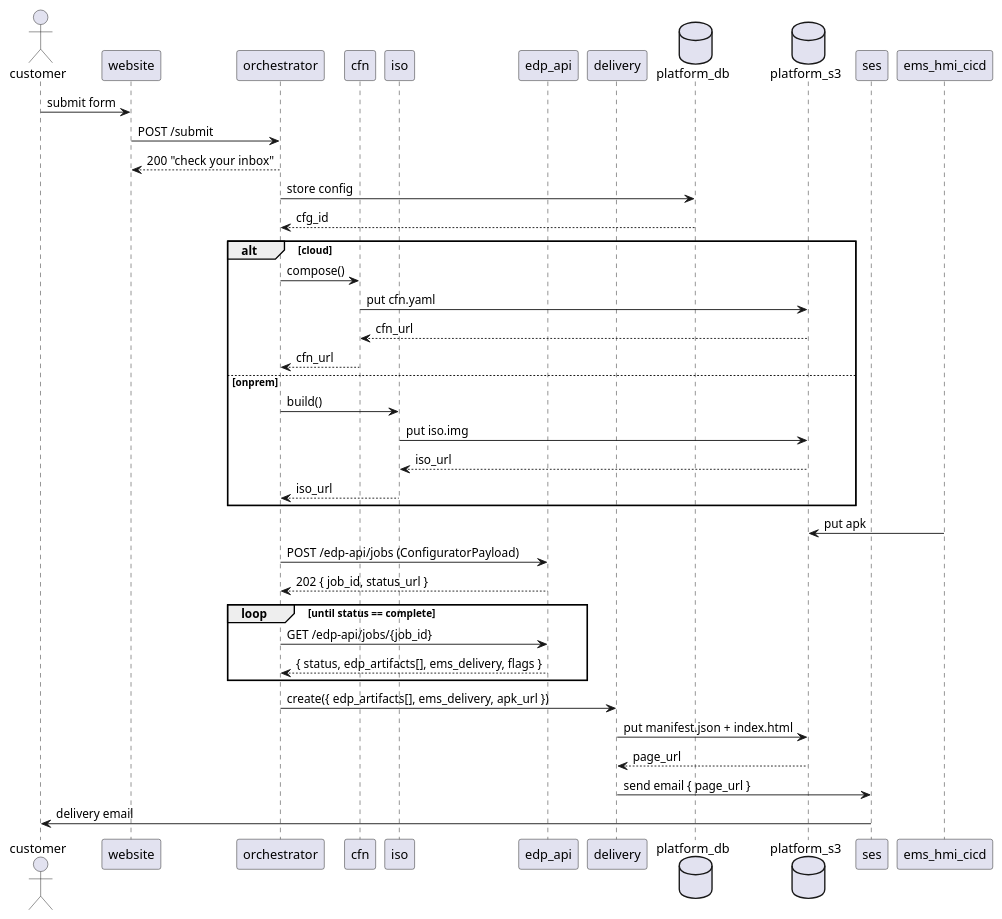
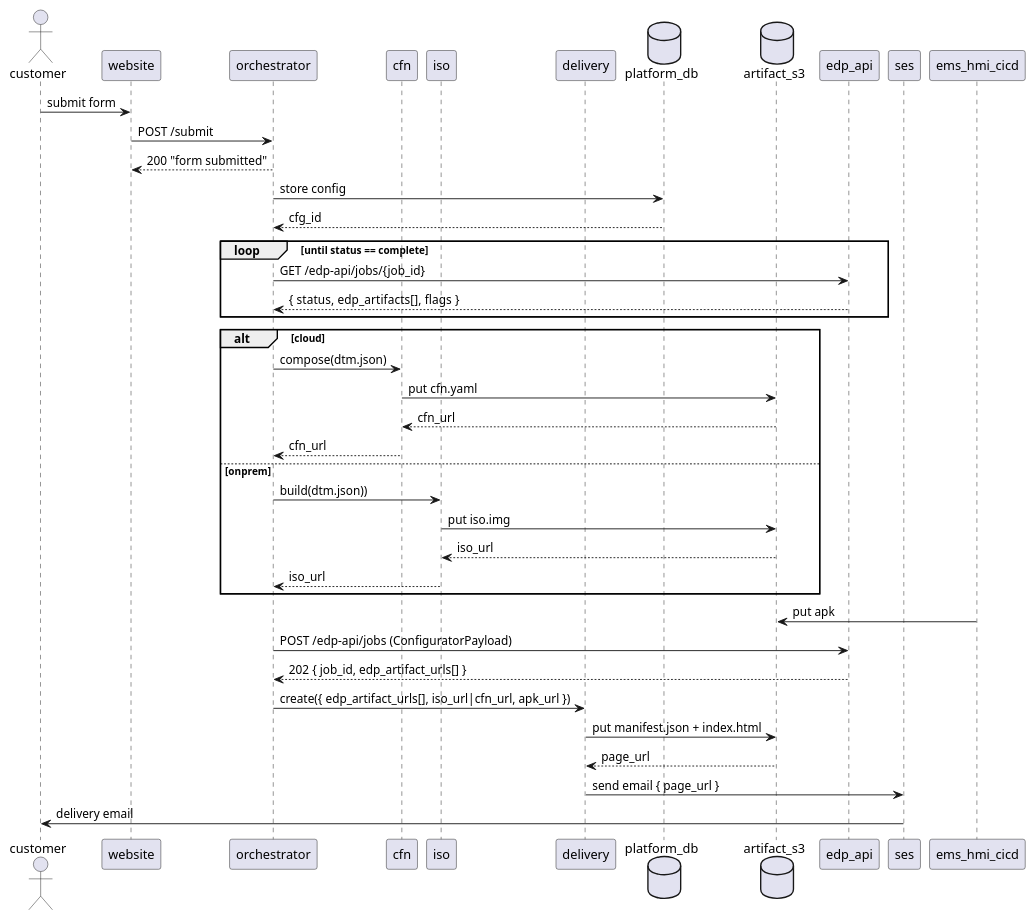
Before and after one commit to arcnode-io/platform-api: the second of 2 diagrams in readme.md, drawn with PlantUML. The commit also changed other lines of this file and 7 other files, not shown here.

First line of the commit message:
💥 refactor!: align edp-api client with new contract

````diff
--- a/readme.md
+++ b/readme.md
@@ -49,45 +49,45 @@
 ```plantuml
 actor customer
 participant website
 participant orchestrator
 participant cfn
 participant iso
-participant edp_api
 participant delivery
 database platform_db
-database platform_s3
+database artifact_s3
+participant edp_api
 participant ses
 participant ems_hmi_cicd
 
 customer -> website : submit form
 website -> orchestrator : POST /submit
-orchestrator --> website : 200 "check your inbox"
+orchestrator --> website : 200 "form submitted"
 orchestrator -> platform_db : store config
 platform_db --> orchestrator : cfg_id
+loop until status == complete
+    orchestrator -> edp_api : GET /edp-api/jobs/{job_id}
+    edp_api --> orchestrator : { status, edp_artifacts[],  flags }
+end
+
 alt cloud
-    orchestrator -> cfn : compose()
-    cfn -> platform_s3 : put cfn.yaml
-    platform_s3 --> cfn : cfn_url
+    orchestrator -> cfn : compose(dtm.json)
+    cfn -> artifact_s3 : put cfn.yaml
+    artifact_s3 --> cfn : cfn_url
     cfn --> orchestrator : cfn_url
 else onprem
-    orchestrator -> iso : build()
-    iso -> platform_s3 : put iso.img
-    platform_s3 --> iso : iso_url
+    orchestrator -> iso : build(dtm.json))
+    iso -> artifact_s3 : put iso.img
+    artifact_s3 --> iso : iso_url
     iso --> orchestrator : iso_url
 end
 
-ems_hmi_cicd -> platform_s3 : put apk
+ems_hmi_cicd -> artifact_s3 : put apk
 
 orchestrator -> edp_api : POST /edp-api/jobs (ConfiguratorPayload)
-edp_api --> orchestrator : 202 { job_id, status_url }
-loop until status == complete
-    orchestrator -> edp_api : GET /edp-api/jobs/{job_id}
-    edp_api --> orchestrator : { status, edp_artifacts[], ems_delivery, flags }
-end
-
-orchestrator -> delivery : create({ edp_artifacts[], ems_delivery, apk_url })
-delivery -> platform_s3 : put manifest.json + index.html
-platform_s3 --> delivery : page_url
+edp_api --> orchestrator : 202 { job_id, edp_artifact_urls[] }
+orchestrator -> delivery : create({ edp_artifact_urls[], iso_url|cfn_url, apk_url })
+delivery -> artifact_s3 : put manifest.json + index.html
+artifact_s3 --> delivery : page_url
 delivery -> ses : send email { page_url }
 ses -> customer : delivery email
 ```
````
